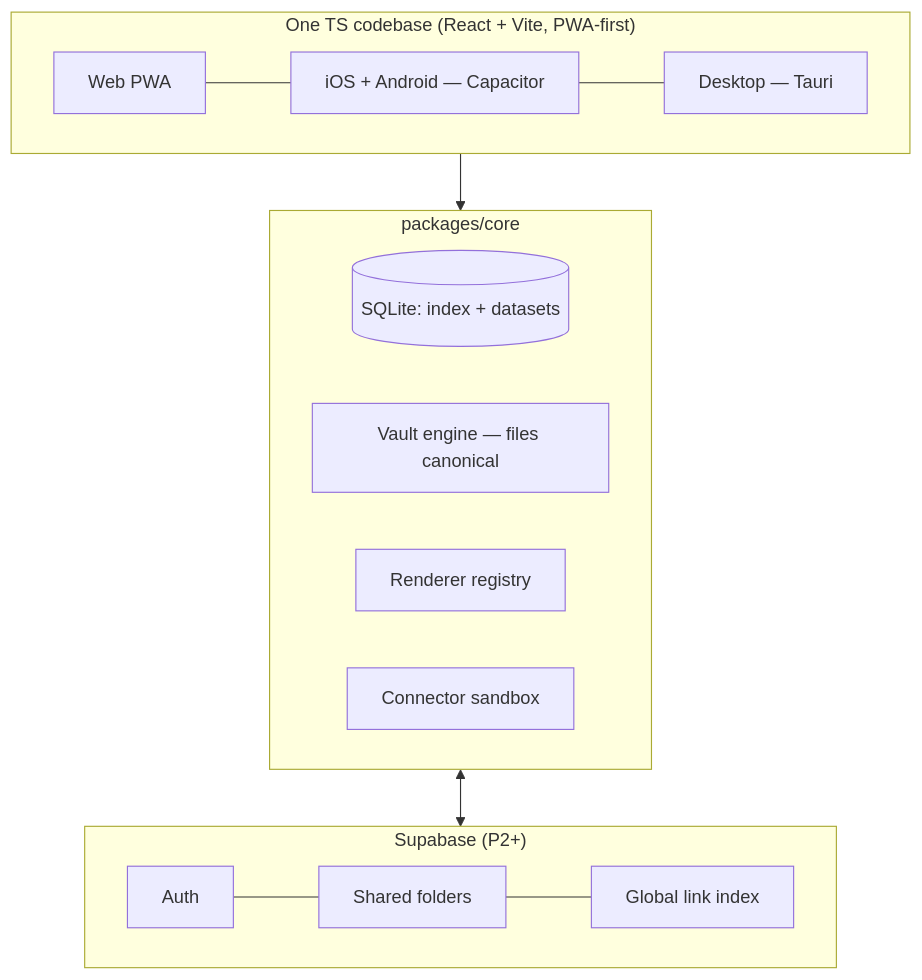
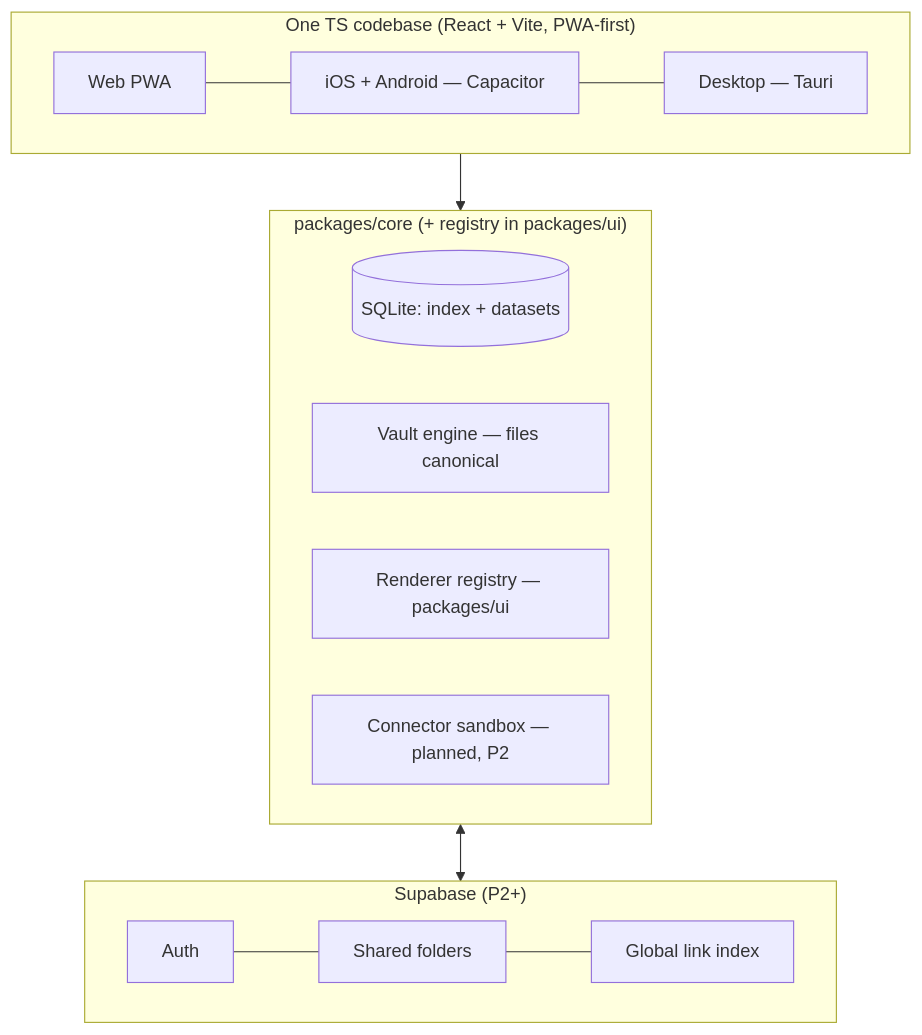
The diagram in docs/02-architecture.md (waffle-page/waffle), drawn with Mermaid before and after one commit. The commit also changed other lines of this file and 8 other files, not shown here.

````diff
--- a/docs/02-architecture.md
+++ b/docs/02-architecture.md
@@ -5,17 +5,17 @@
 ```mermaid
 graph TB
     subgraph Clients["One TS codebase (React + Vite, PWA-first)"]
         W[Web PWA] --- M[iOS + Android — Capacitor] --- D[Desktop — Tauri]
     end
-    subgraph Core["packages/core"]
+    subgraph Core["packages/core (+ registry in packages/ui)"]
         SQL[(SQLite: index + datasets)]
         VE[Vault engine — files canonical]
-        RR[Renderer registry]
-        CX[Connector sandbox]
+        RR[Renderer registry — packages/ui]
+        CX[Connector sandbox — planned, P2]
     end
     Clients --> Core
     subgraph Server["Supabase (P2+)"]
         AUTH[Auth] --- SHARE[Shared folders] --- IDX[Global link index]
     end
     Core <--> Server
 ```
````
